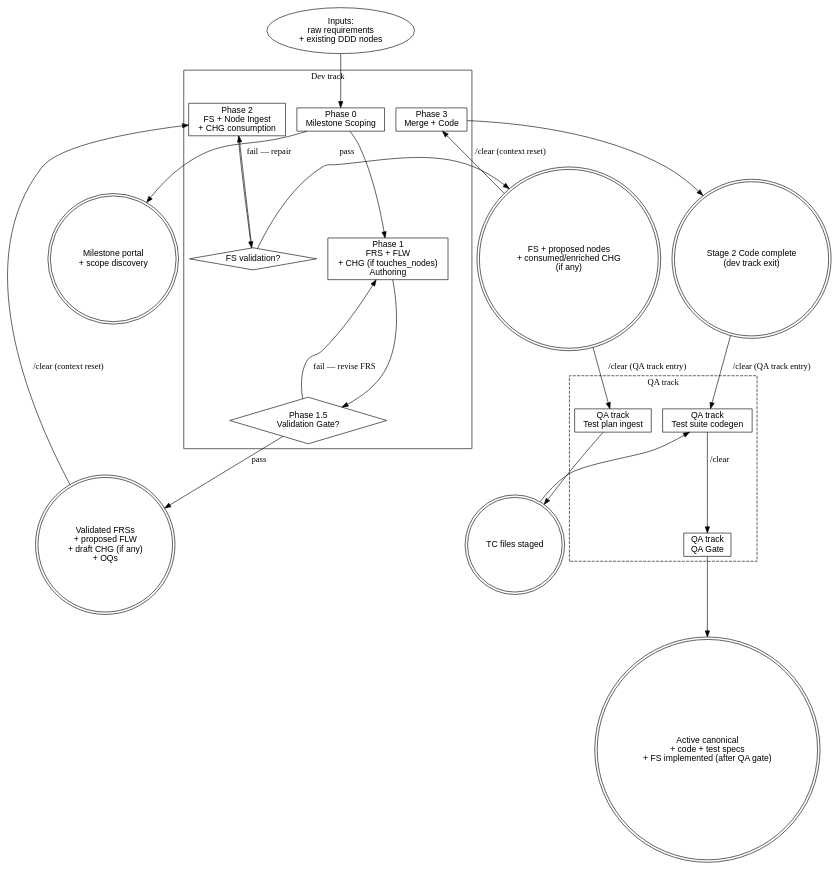
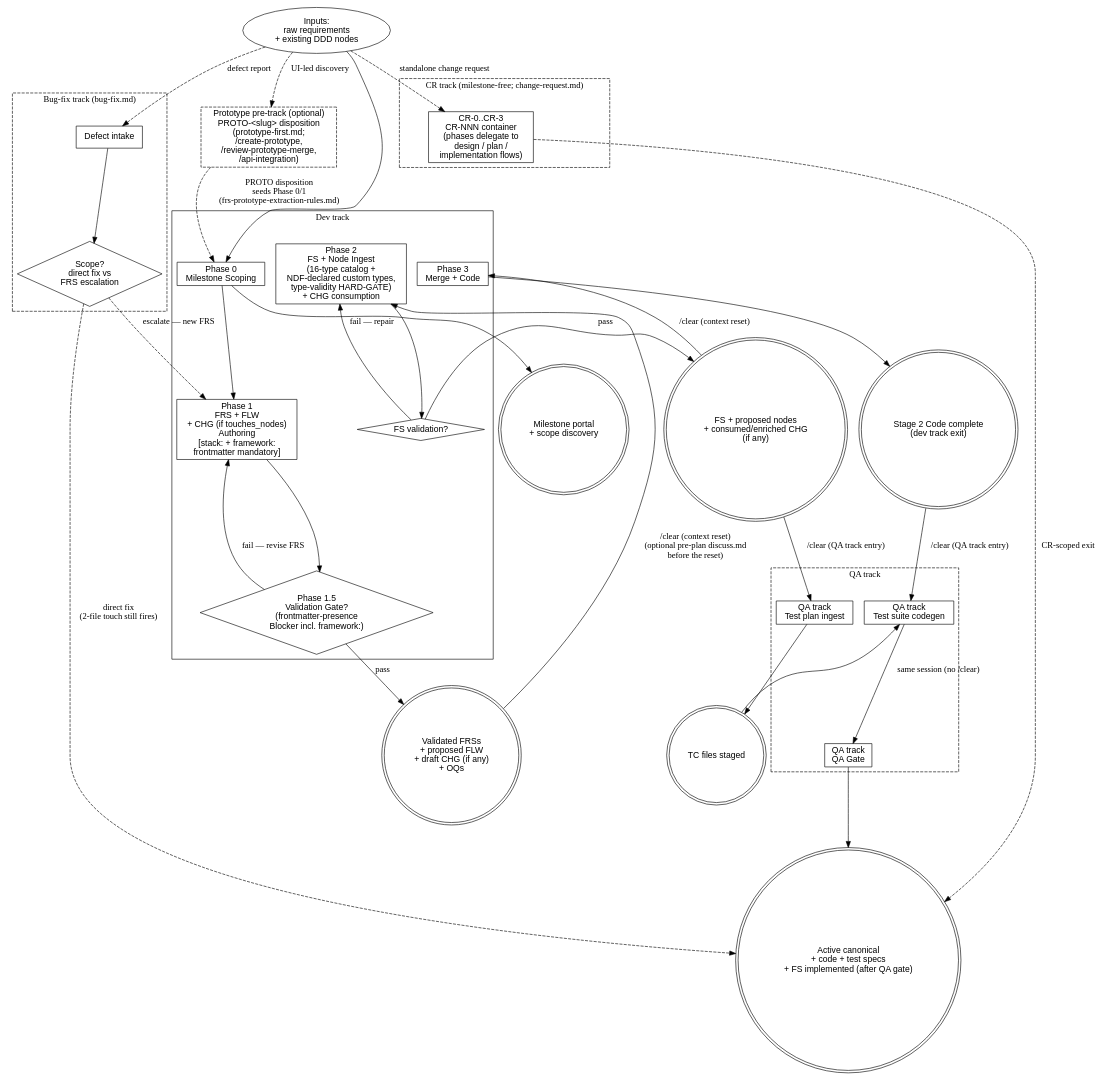
One commit to thapaliyabikendra/agentic-dev-workspace changed the diagram in sdlc/WORKFLOW-GRAPH.md. Above: the diagram before and after it, drawn with Graphviz. The commit also changed other lines of this file and 25 other files, not shown here.

````diff
--- a/sdlc/WORKFLOW-GRAPH.md
+++ b/sdlc/WORKFLOW-GRAPH.md
@@ -16,52 +19,75 @@
 ```dot
 digraph workflow_phases {
     rankdir=TB;
     node [fontname="Helvetica"];
 
     inputs    [shape=oval,  label="Inputs:\nraw requirements\n+ existing DDD nodes"];
+    proto     [shape=box,   style=dashed, label="Prototype pre-track (optional)\nPROTO-<slug> disposition\n(prototype-first.md;\n/create-prototype,\n/review-prototype-merge,\n/api-integration)"];
 
     subgraph cluster_dev {
         label="Dev track";
         phase0    [shape=box,   label="Phase 0\nMilestone Scoping"];
-        phase1    [shape=box,   label="Phase 1\nFRS + FLW\n+ CHG (if touches_nodes)\nAuthoring"];
-        gate15    [shape=diamond, label="Phase 1.5\nValidation Gate?"];
-        phase2    [shape=box,   label="Phase 2\nFS + Node Ingest\n+ CHG consumption"];
+        phase1    [shape=box,   label="Phase 1\nFRS + FLW\n+ CHG (if touches_nodes)\nAuthoring\n[stack: + framework:\nfrontmatter mandatory]"];
+        gate15    [shape=diamond, label="Phase 1.5\nValidation Gate?\n(frontmatter-presence\nBlocker incl. framework:)"];
+        phase2    [shape=box,   label="Phase 2\nFS + Node Ingest\n(16-type catalog +\nNDF-declared custom types,\ntype-validity HARD-GATE)\n+ CHG consumption"];
         fsval     [shape=diamond, label="FS validation?"];
         phase3a   [shape=box,   label="Phase 3\nMerge + Code"];
     }
 
     subgraph cluster_qa {
         label="QA track";
         style=dashed;
         phase2tp  [shape=box,   label="QA track\nTest plan ingest"];
         phase3b   [shape=box,   label="QA track\nTest suite codegen"];
         phase3c   [shape=box,   label="QA track\nQA Gate"];
     }
 
+    subgraph cluster_cr {
+        label="CR track (milestone-free; change-request.md)";
+        style=dashed;
+        cr0       [shape=box,   label="CR-0..CR-3\nCR-NNN container\n(phases delegate to\ndesign / plan /\nimplementation flows)"];
+    }
+
+    subgraph cluster_bug {
+        label="Bug-fix track (bug-fix.md)";
+        style=dashed;
+        bug       [shape=box,   label="Defect intake"];
+        bugroute  [shape=diamond, label="Scope?\ndirect fix vs\nFRS escalation"];
+    }
+
     out_ms        [shape=doublecircle, label="Milestone portal\n+ scope discovery"];
     out_frs       [shape=doublecircle, label="Validated FRSs\n+ proposed FLW\n+ draft CHG (if any)\n+ OQs"];
     out_fs        [shape=doublecircle, label="FS + proposed nodes\n+ consumed/enriched CHG\n(if any)"];
     out_tc        [shape=doublecircle, label="TC files staged"];
     out_impl_code [shape=doublecircle, label="Stage 2 Code complete\n(dev track exit)"];
     out_impl      [shape=doublecircle, label="Active canonical\n+ code + test specs\n+ FS implemented (after QA gate)"];
 
     inputs -> phase0;
+    inputs -> proto    [style=dashed, label="UI-led discovery"];
+    proto  -> phase0   [style=dashed, label="PROTO disposition\nseeds Phase 0/1\n(frs-prototype-extraction-rules.md)"];
     phase0 -> out_ms;
     phase0 -> phase1;
     phase1 -> gate15;
     gate15 -> phase1   [label="fail — revise FRS"];
     gate15 -> out_frs  [label="pass"];
-    out_frs -> phase2  [label="/clear (context reset)"];
+    out_frs -> phase2  [label="/clear (context reset)\n(optional pre-plan discuss.md\nbefore the reset)"];
     phase2 -> fsval;
     fsval -> phase2    [label="fail — repair"];
     fsval -> out_fs    [label="pass"];
     out_fs -> phase2tp [label="/clear (QA track entry)"];
     out_fs -> phase3a  [label="/clear (context reset)"];
     phase2tp -> out_tc;
     out_tc -> phase3b;
     phase3a -> out_impl_code;
     out_impl_code -> phase3b [label="/clear (QA track entry)"];
-    phase3b -> phase3c [label="/clear"];
+    phase3b -> phase3c [label="same session (no /clear)"];
     phase3c -> out_impl;
+
+    inputs -> cr0      [style=dashed, label="standalone change request"];
+    cr0 -> out_impl    [style=dashed, label="CR-scoped exit"];
+    inputs -> bug      [style=dashed, label="defect report"];
+    bug -> bugroute;
+    bugroute -> phase1 [style=dashed, label="escalate — new FRS"];
+    bugroute -> out_impl [style=dashed, label="direct fix\n(2-file touch still fires)"];
 }
 ```
````
